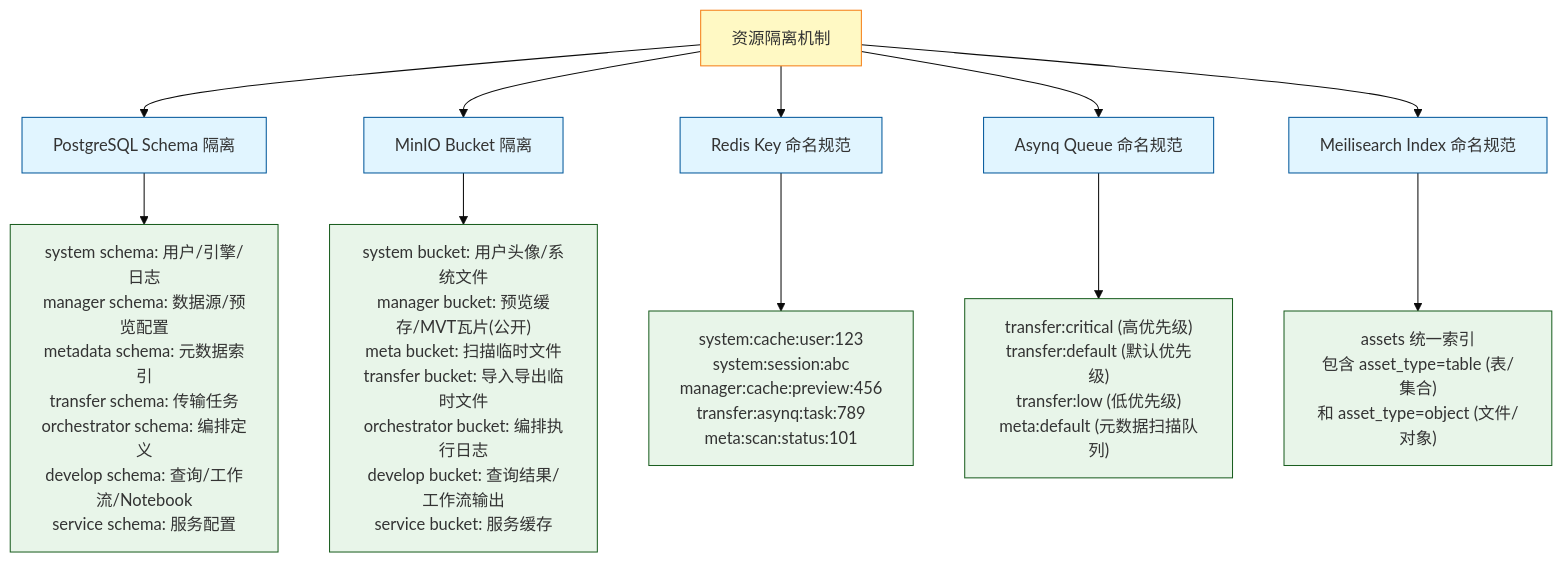
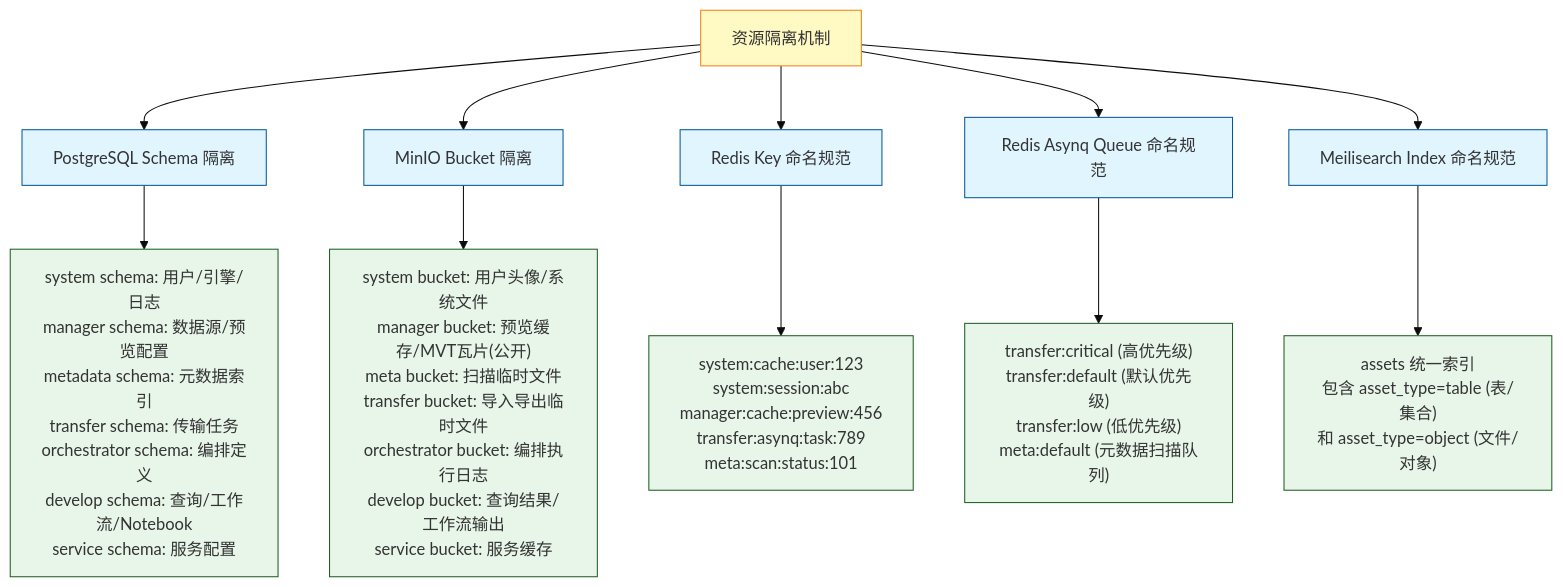
One commit to pampa0629/addp changed the second of 2 diagrams in docs/concepts/addp基础设施隔离图.md. Above: the diagram before and after it, drawn with Mermaid (base theme). The commit also changed other lines of this file and 54 other files, not shown here.

````diff
--- a/docs/concepts/addp基础设施隔离图.md
+++ b/docs/concepts/addp基础设施隔离图.md
@@ -112,28 +114,28 @@
 ```mermaid
 graph TB
     Isolation[资源隔离机制]
 
     Isolation --> PG[PostgreSQL Schema 隔离]
     Isolation --> MinIOIso[MinIO Bucket 隔离]
     Isolation --> RedisIso[Redis Key 命名规范]
-    Isolation --> AsynqIso[Asynq Queue 命名规范]
+    Isolation --> AsynqIso[Redis Asynq Queue 命名规范]
     Isolation --> MeiliIso[Meilisearch Index 命名规范]
 
     PG --> PGEx["system schema: 用户/引擎/日志<br/>manager schema: 数据源/预览配置<br/>metadata schema: 元数据索引<br/>transfer schema: 传输任务<br/>orchestrator schema: 编排定义<br/>develop schema: 查询/工作流/Notebook<br/>service schema: 服务配置"]
 
     MinIOIso --> MinIOEx["system bucket: 用户头像/系统文件<br/>manager bucket: 预览缓存/MVT瓦片(公开)<br/>meta bucket: 扫描临时文件<br/>transfer bucket: 导入导出临时文件<br/>orchestrator bucket: 编排执行日志<br/>develop bucket: 查询结果/工作流输出<br/>service bucket: 服务缓存"]
 
     RedisIso --> RedisEx["system:cache:user:123<br/>system:session:abc<br/>manager:cache:preview:456<br/>transfer:asynq:task:789<br/>meta:scan:status:101"]
 
     AsynqIso --> AsynqEx["transfer:critical (高优先级)<br/>transfer:default (默认优先级)<br/>transfer:low (低优先级)<br/>meta:default (元数据扫描队列)"]
 
     MeiliIso --> MeiliEx["assets 统一索引<br/>包含 asset_type=table (表/集合)<br/>和 asset_type=object (文件/对象)"]
 
     classDef isolation fill:#fff9c4,stroke:#f57f17
     classDef mechanism fill:#e1f5ff,stroke:#01579b
     classDef example fill:#e8f5e9,stroke:#1b5e20
 
     class Isolation isolation
     class PG,MinIOIso,RedisIso,AsynqIso,MeiliIso mechanism
     class PGEx,MinIOEx,RedisEx,AsynqEx,MeiliEx example
 ```
````
